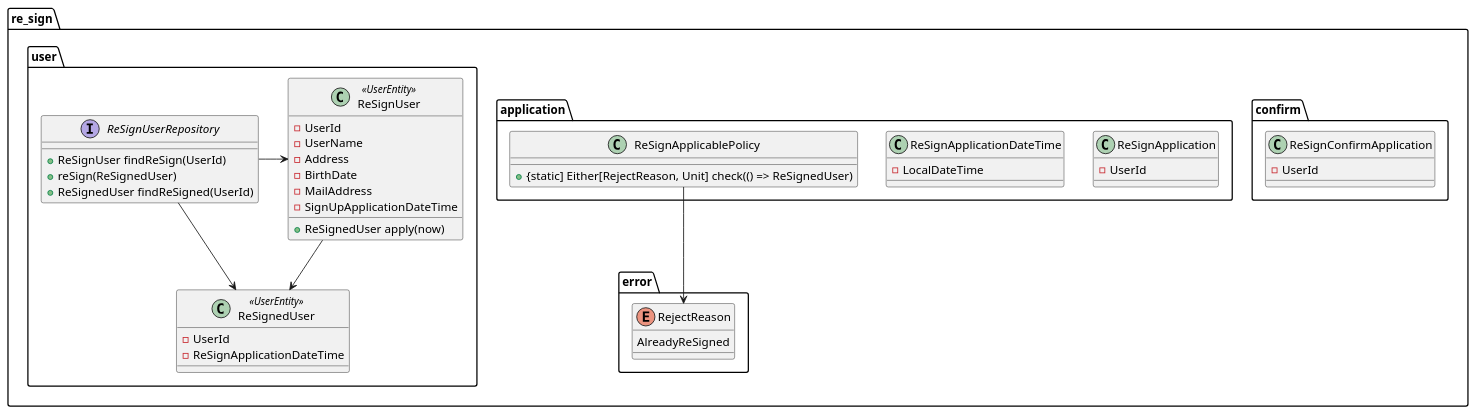
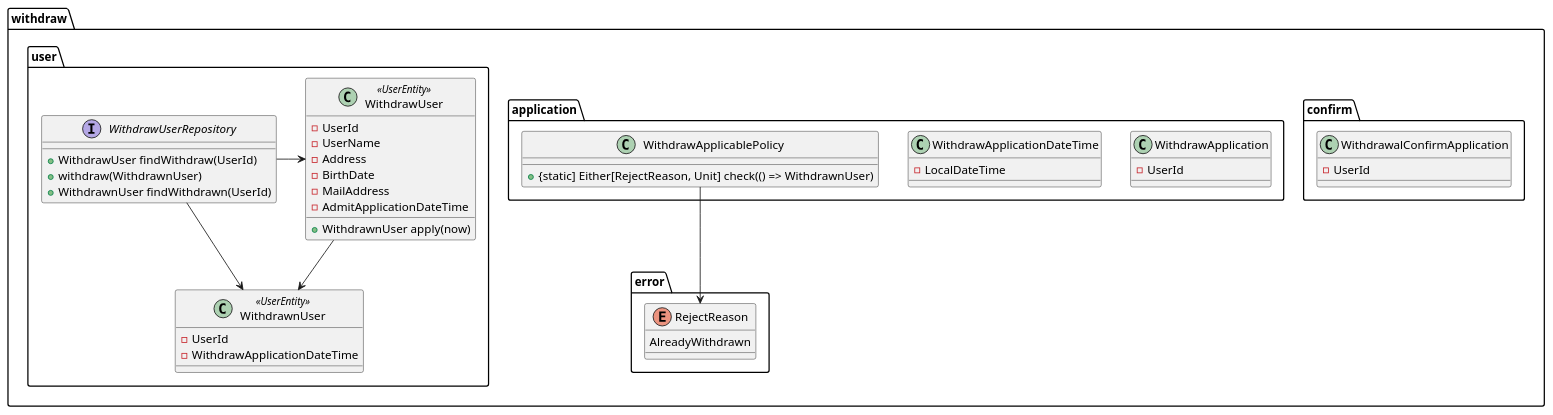
Before and after one commit to suzuki-hoge/ddd-trial: the diagram in 2017-10-scala/model/re-sign/confirm/model.puml, drawn with PlantUML. The commit also changed 30 other files, not shown here.

```diff
--- a/2017-10-scala/model/re-sign/confirm/model.puml
+++ b/2017-10-scala/model/re-sign/confirm/model.puml
@@ -1,51 +1,51 @@
 @startuml
 
-package re_sign {
+package withdraw {
   package confirm {
-    class ReSignConfirmApplication {
+    class WithdrawalConfirmApplication {
       - UserId
     }
   }
   package application {
-    class ReSignApplication {
+    class WithdrawApplication {
       - UserId
     }
-    class ReSignApplicationDateTime {
+    class WithdrawApplicationDateTime {
       - LocalDateTime
     }
-    class ReSignApplicablePolicy {
-      + {static] Either[RejectReason, Unit] check(() => ReSignedUser)
+    class WithdrawApplicablePolicy {
+      + {static] Either[RejectReason, Unit] check(() => WithdrawnUser)
     }
   }
   package user {
-    class ReSignUser<<UserEntity>> {
+    class WithdrawUser<<UserEntity>> {
       - UserId
       - UserName
       - Address
       - BirthDate
       - MailAddress
-      - SignUpApplicationDateTime
-      + ReSignedUser apply(now)
+      - AdmitApplicationDateTime
+      + WithdrawnUser apply(now)
     }
-    class ReSignedUser<<UserEntity>> {
+    class WithdrawnUser<<UserEntity>> {
       - UserId
-      - ReSignApplicationDateTime
+      - WithdrawApplicationDateTime
     }
-    interface ReSignUserRepository {
-      + ReSignUser findReSign(UserId)
-      + reSign(ReSignedUser)
-      + ReSignedUser findReSigned(UserId)
+    interface WithdrawUserRepository {
+      + WithdrawUser findWithdraw(UserId)
+      + withdraw(WithdrawnUser)
+      + WithdrawnUser findWithdrawn(UserId)
     }
-    ReSignUser --> ReSignedUser
-    ReSignUserRepository --> ReSignedUser
-    ReSignUserRepository -> ReSignUser
+    WithdrawUser --> WithdrawnUser
+    WithdrawUserRepository --> WithdrawnUser
+    WithdrawUserRepository -> WithdrawUser
   }
   package error {
     enum RejectReason {
-      AlreadyReSigned
+      AlreadyWithdrawn
     }
   }
-  ReSignApplicablePolicy --> RejectReason
+  WithdrawApplicablePolicy --> RejectReason
 }
 
 @enduml
```
